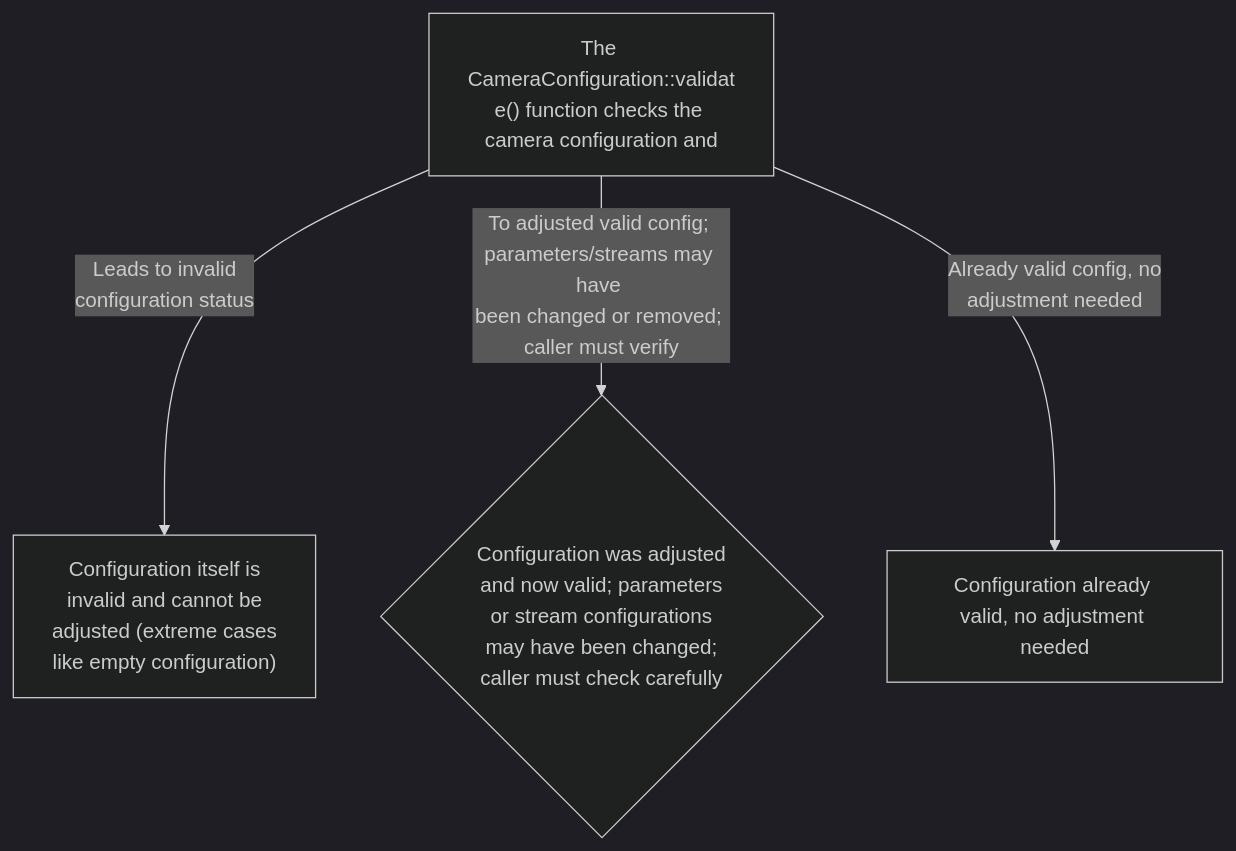
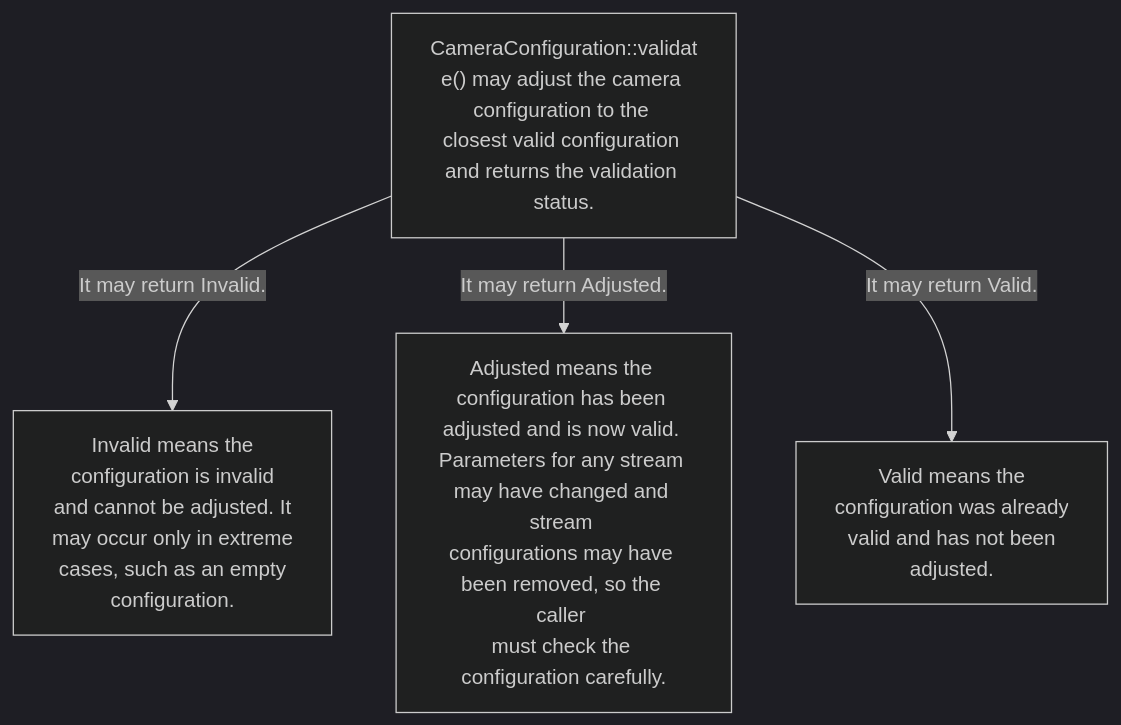
Before and after one commit to TTolsun/libcamera-sdd: the diagram in docs/en/vendor-assurance.validation-results.mmd, drawn with Mermaid (dark theme). The commit also changed 302 other files, not shown here.

```diff
--- a/docs/en/vendor-assurance.validation-results.mmd
+++ b/docs/en/vendor-assurance.validation-results.mmd
@@ -1,9 +1,9 @@
 flowchart TB
 
-  v_n0["The <br/>CameraConfiguration::validat<br/>e() function checks the <br/>camera configuration and"]
-  v_n1["Configuration itself is <br/>invalid and cannot be <br/>adjusted (extreme cases <br/>like empty configuration)"]
-  v_n2{"Configuration was adjusted <br/>and now valid; parameters <br/>or stream configurations <br/>may have been changed; <br/>caller must check carefully"}
-  v_n3["Configuration already <br/>valid, no adjustment needed"]
-  v_n0 -->|"Leads to invalid <br/>configuration status"| v_n1
-  v_n0 -->|"To adjusted valid config; <br/>parameters/streams may have <br/>been changed or removed; <br/>caller must verify"| v_n2
-  v_n0 -->|"Already valid config, no <br/>adjustment needed"| v_n3
+  v_n0["CameraConfiguration::validat<br/>e() may adjust the camera <br/>configuration to the <br/>closest valid configuration <br/>and returns the validation <br/>status."]
+  v_n1["Invalid means the <br/>configuration is invalid <br/>and cannot be adjusted. It <br/>may occur only in extreme <br/>cases, such as an empty <br/>configuration."]
+  v_n2["Adjusted means the <br/>configuration has been <br/>adjusted and is now valid. <br/>Parameters for any stream <br/>may have changed and stream <br/>configurations may have <br/>been removed, so the caller <br/>must check the <br/>configuration carefully."]
+  v_n3["Valid means the <br/>configuration was already <br/>valid and has not been <br/>adjusted."]
+  v_n0 -->|"It may return Invalid."| v_n1
+  v_n0 -->|"It may return Adjusted."| v_n2
+  v_n0 -->|"It may return Valid."| v_n3
```
